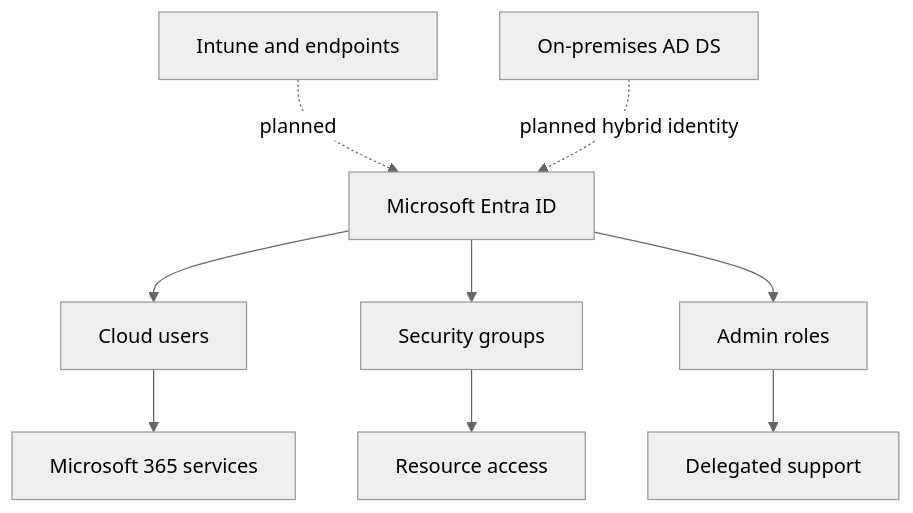
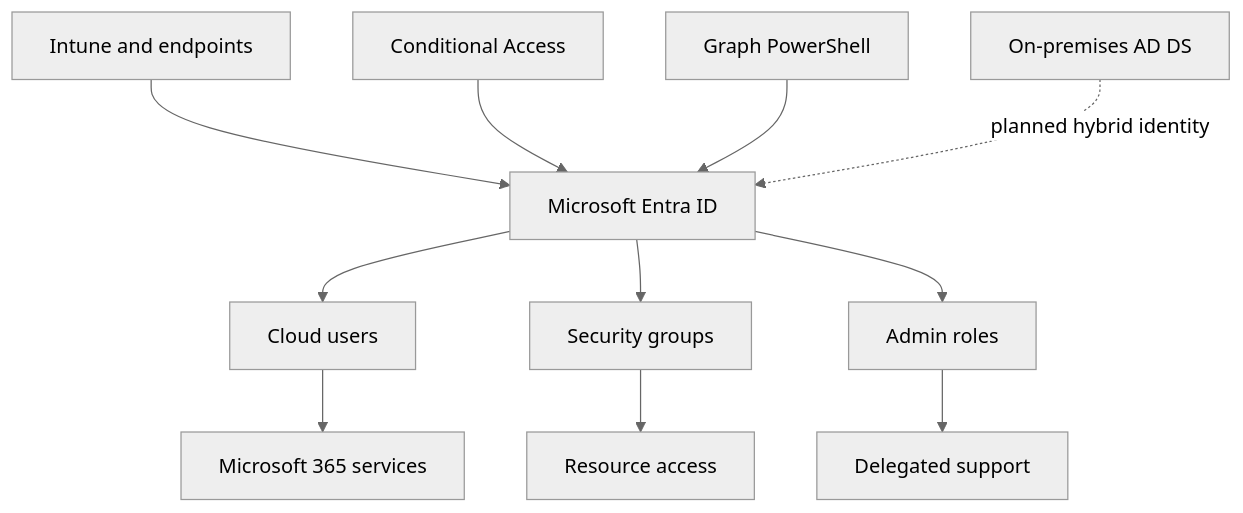
Before and after one commit to sagarkhanal1/microsoft-365-secure-hybrid-lab: the diagram in README.md, drawn with Mermaid (neutral theme). The commit also changed other lines of this file and 32 other files, not shown here.

Commit message:
docs: publish conditional access intune and graph progress

````diff
--- a/README.md
+++ b/README.md
@@ -32,11 +38,13 @@
 ```mermaid
 flowchart TD
     A["Microsoft Entra ID"] --> U["Cloud users"]
     A --> G["Security groups"]
     A --> R["Admin roles"]
     U --> M["Microsoft 365 services"]
     G --> X["Resource access"]
     R --> H["Delegated support"]
-    I["Intune and endpoints"] -. planned .-> A
+    I["Intune and endpoints"] --> A
+    P["Conditional Access"] --> A
+    GPH["Graph PowerShell"] --> A
     D["On-premises AD DS"] -. planned hybrid identity .-> A
 ```
````
